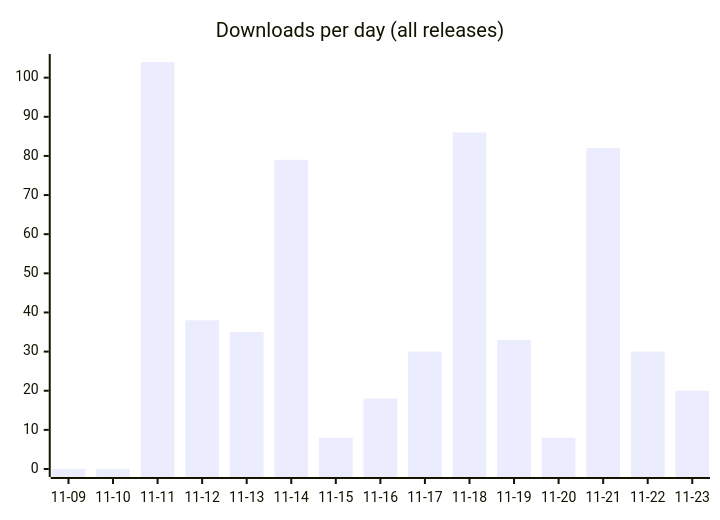
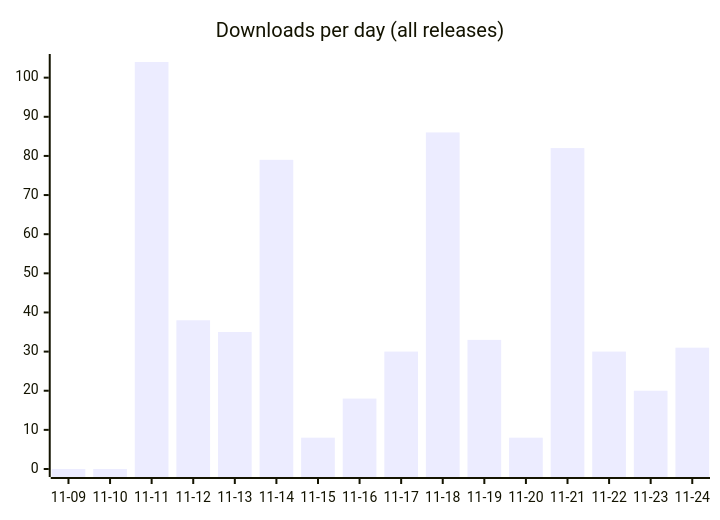
The first of 2 diagrams in README.md (fmadore/Kalamu), drawn with Mermaid before and after one commit. The commit also changed other lines of this file and 3 other files, not shown here.

````diff
--- a/README.md
+++ b/README.md
@@ -48,6 +48,6 @@
 ```mermaid
 xychart-beta
     title "Downloads per day (all releases)"
-    x-axis ["11-09", "11-10", "11-11", "11-12", "11-13", "11-14", "11-15", "11-16", "11-17", "11-18", "11-19", "11-20", "11-21", "11-22", "11-23"]
-    bar [0, 0, 104, 38, 35, 79, 8, 18, 30, 86, 33, 8, 82, 30, 20]
+    x-axis ["11-09", "11-10", "11-11", "11-12", "11-13", "11-14", "11-15", "11-16", "11-17", "11-18", "11-19", "11-20", "11-21", "11-22", "11-23", "11-24"]
+    bar [0, 0, 104, 38, 35, 79, 8, 18, 30, 86, 33, 8, 82, 30, 20, 31]
 ```
````
